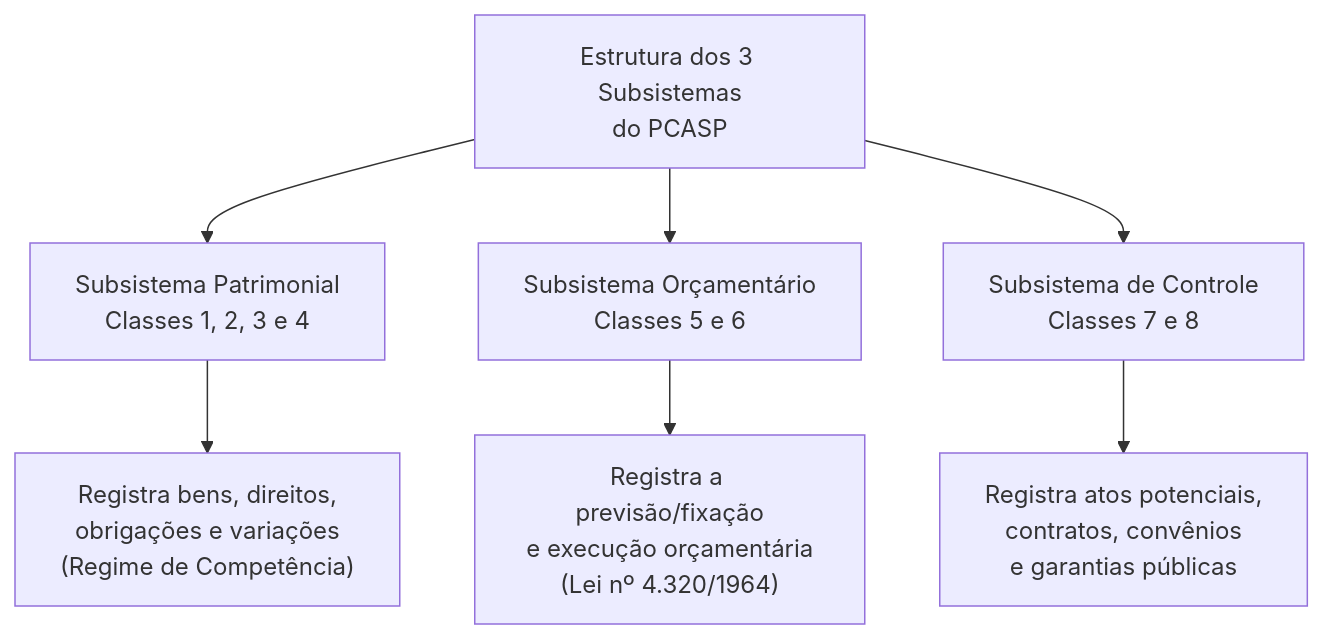
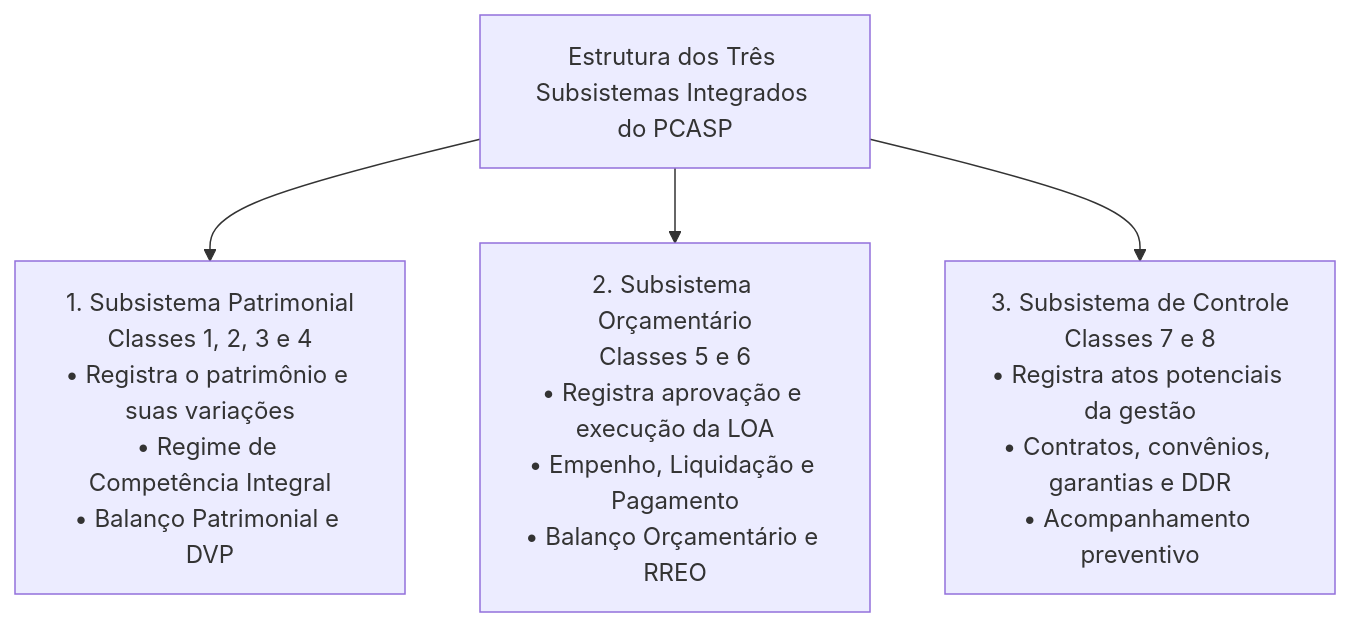
The third of 5 diagrams in fontes_de_estudo/conhecimentos_especificos_a01_tecnico_administrativo/20_contabilidade_aplicada_ao_setor_publico/03_pcasp_estrutura_e_lancamentos_contabeis.md (thiagosantos346/TCE-GO-2027), drawn with Mermaid before and after one commit. The commit also changed other lines of this file and 119 other files, not shown here.

````diff
--- a/fontes_de_estudo/conhecimentos_especificos_a01_tecnico_administrativo/20_contabilidade_aplicada_ao_setor_publico/03_pcasp_estrutura_e_lancamentos_contabeis.md
+++ b/fontes_de_estudo/conhecimentos_especificos_a01_tecnico_administrativo/20_contabilidade_aplicada_ao_setor_publico/03_pcasp_estrutura_e_lancamentos_contabeis.md
@@ -113,12 +121,10 @@
 ```mermaid
 flowchart TD
-    PCASP["Estrutura dos 3 Subsistemas<br/>do PCASP"]
+    PCASP["Estrutura dos Três Subsistemas Integrados do PCASP"]
     
-    PCASP --> SubPat["Subsistema Patrimonial<br/>Classes 1, 2, 3 e 4"]
-    PCASP --> SubOrc["Subsistema Orçamentário<br/>Classes 5 e 6"]
-    PCASP --> SubCtl["Subsistema de Controle<br/>Classes 7 e 8"]
+    PCASP --> SubPat["1. Subsistema Patrimonial<br/>Classes 1, 2, 3 e 4<br/>• Registra o patrimônio e suas variações<br/>• Regime de Competência Integral<br/>• Balanço Patrimonial e DVP"]
     
-    SubPat --> FP["Registra bens, direitos,<br/>obrigações e variações<br/>(Regime de Competência)"]
-    SubOrc --> FO["Registra a previsão/fixação<br/>e execução orçamentária<br/>(Lei nº 4.320/1964)"]
-    SubCtl --> FC["Registra atos potenciais,<br/>contratos, convênios<br/>e garantias públicas"]
+    PCASP --> SubOrc["2. Subsistema Orçamentário<br/>Classes 5 e 6<br/>• Registra aprovação e execução da LOA<br/>• Empenho, Liquidação e Pagamento<br/>• Balanço Orçamentário e RREO"]
+    
+    PCASP --> SubCtl["3. Subsistema de Controle<br/>Classes 7 e 8<br/>• Registra atos potenciais da gestão<br/>• Contratos, convênios, garantias e DDR<br/>• Acompanhamento preventivo"]
 ```
````
